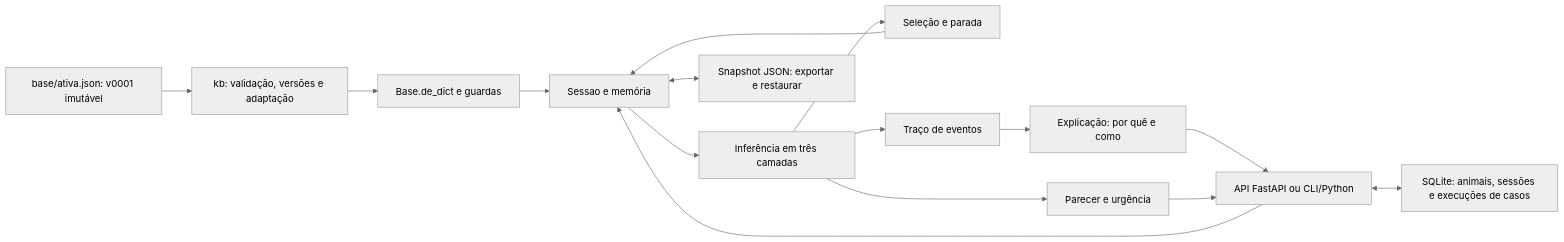
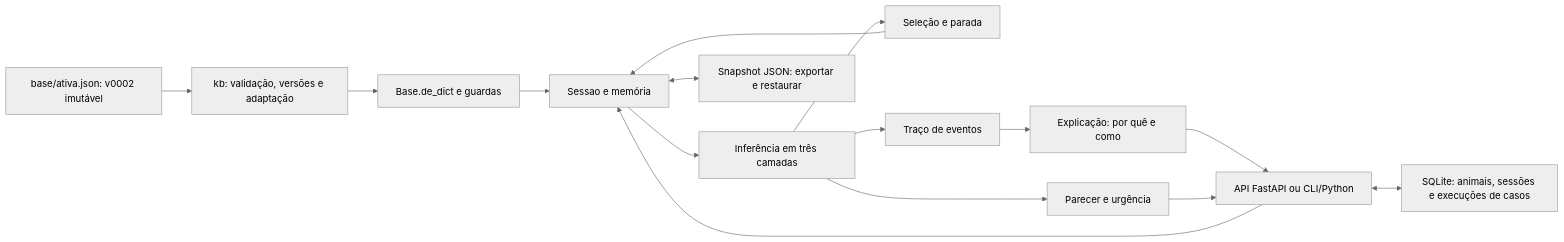
One commit to Caio-Augusto-Paiva/HackAthon changed the diagram in docs/entrega/02-arquitetura.md. Above: the diagram before and after it, drawn with Mermaid (neutral theme). The commit also changed other lines of this file and 876 other files, not shown here.

````diff
--- a/docs/entrega/02-arquitetura.md
+++ b/docs/entrega/02-arquitetura.md
@@ -7,17 +7,17 @@
 ```mermaid
 flowchart LR
-    J[base/ativa.json: v0001 imutável] --> K[kb: validação, versões e adaptação]
+    J[base/ativa.json: v0002 imutável] --> K[kb: validação, versões e adaptação]
     K --> V[Base.de_dict e guardas]
     C[API FastAPI ou CLI/Python] --> S[Sessao e memória]
     V --> S
     S --> I[Inferência em três camadas]
     I --> Q[Seleção e parada]
     Q --> S
     I --> T[Traço de eventos]
     T --> E[Explicação: por quê e como]
     I --> P[Parecer e urgência]
     E --> C
     P --> C
     S <--> R[Snapshot JSON: exportar e restaurar]
     C <--> D[SQLite: animais, sessões e execuções de casos]
 ```
````
